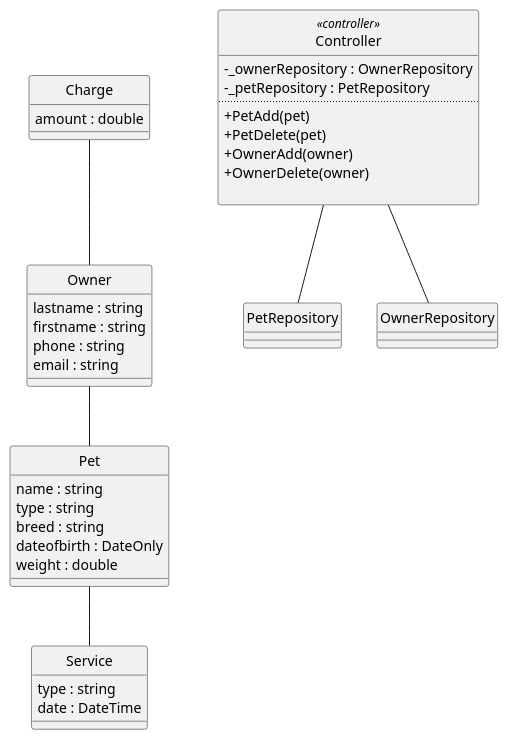
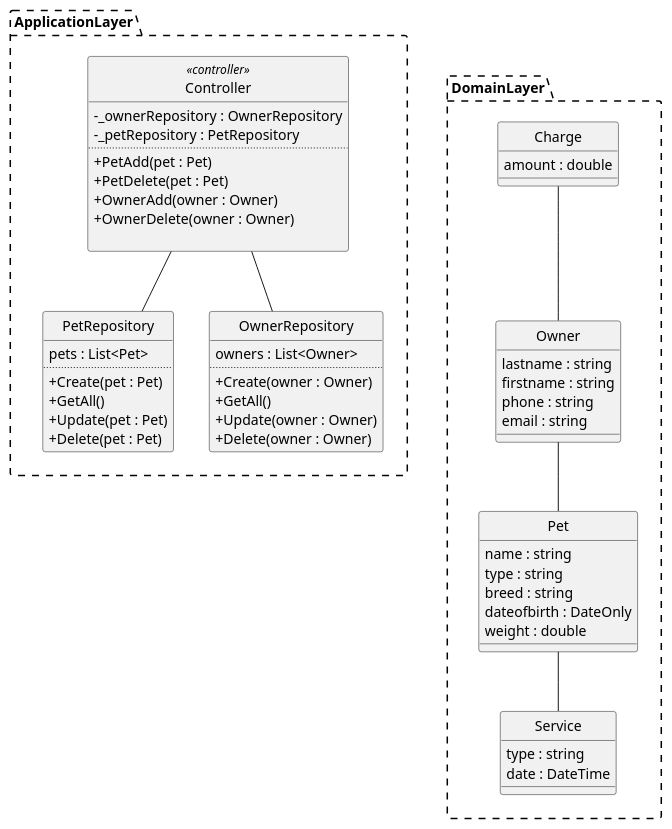
The diagram in Programering 2. sem/Opgaver/PetParadiseDCD.plantuml (FilipMeldal/Team1A), drawn with PlantUML before and after one commit.

Commit message:
DCD fixes

```diff
--- a/Programering 2. sem/Opgaver/PetParadiseDCD.plantuml
+++ b/Programering 2. sem/Opgaver/PetParadiseDCD.plantuml
@@ -1,69 +1,84 @@
 @startuml
 hide circles
 skinparam ClassAttributeIconSize 0
+skinparam PackageBorderStyle dashed
 
-
-class Pet
+Package DomainLayer
+{
+    class Pet
 {
     name : string 
     type : string 
     breed : string 
     dateofbirth : DateOnly
     weight : double
     
 }
 
 class Owner
 {
     lastname : string 
     firstname : string 
     phone : string
     email : string 
 }
 
 Class Service
 {
     type : string 
     date : DateTime
 }
 
 Class Charge 
 {
     amount : double 
 }
 
+}
 
-
+Package ApplicationLayer
+{
+    
 Class PetRepository
 {
-
+    pets : List<Pet>
+    ..
+    + Create(pet : Pet)
+    + GetAll()
+    + Update(pet : Pet)
+    + Delete(pet : Pet)
 }
 
 Class OwnerRepository
 {
-
+    owners : List<Owner>
+    ..
+    + Create(owner : Owner)
+    + GetAll()
+    + Update(owner : Owner)
+    + Delete(owner : Owner)
 }
 
 Class Controller <<controller>>
 {
     -  _ownerRepository : OwnerRepository
     - _petRepository : PetRepository
     ..
-    + PetAdd(pet)
-    + PetDelete(pet)
-    + OwnerAdd(owner) 
-    + OwnerDelete(owner)
+    + PetAdd(pet : Pet)
+    + PetDelete(pet : Pet)
+    + OwnerAdd(owner : Owner) 
+    + OwnerDelete(owner : Owner)
 
 }
-
-
-
+}
 
 
 Owner  -- Pet
 Pet -- Service
 Charge  -- Owner
 Controller -- PetRepository
 Controller -- OwnerRepository
 
+ApplicationLayer -right[hidden]- DomainLayer
+
 @enduml
```
